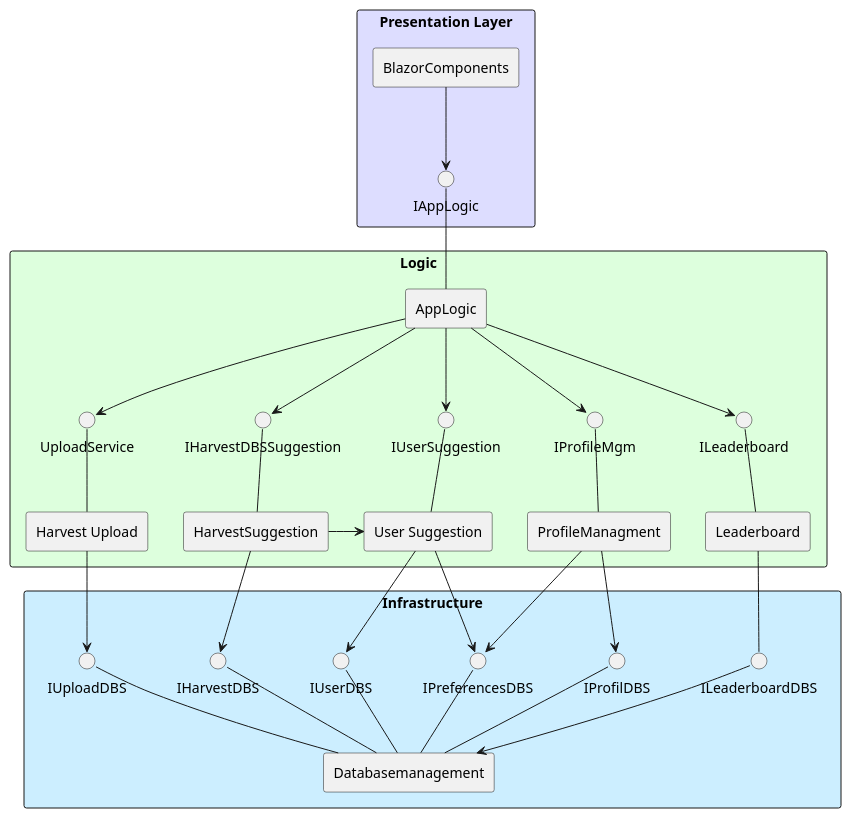
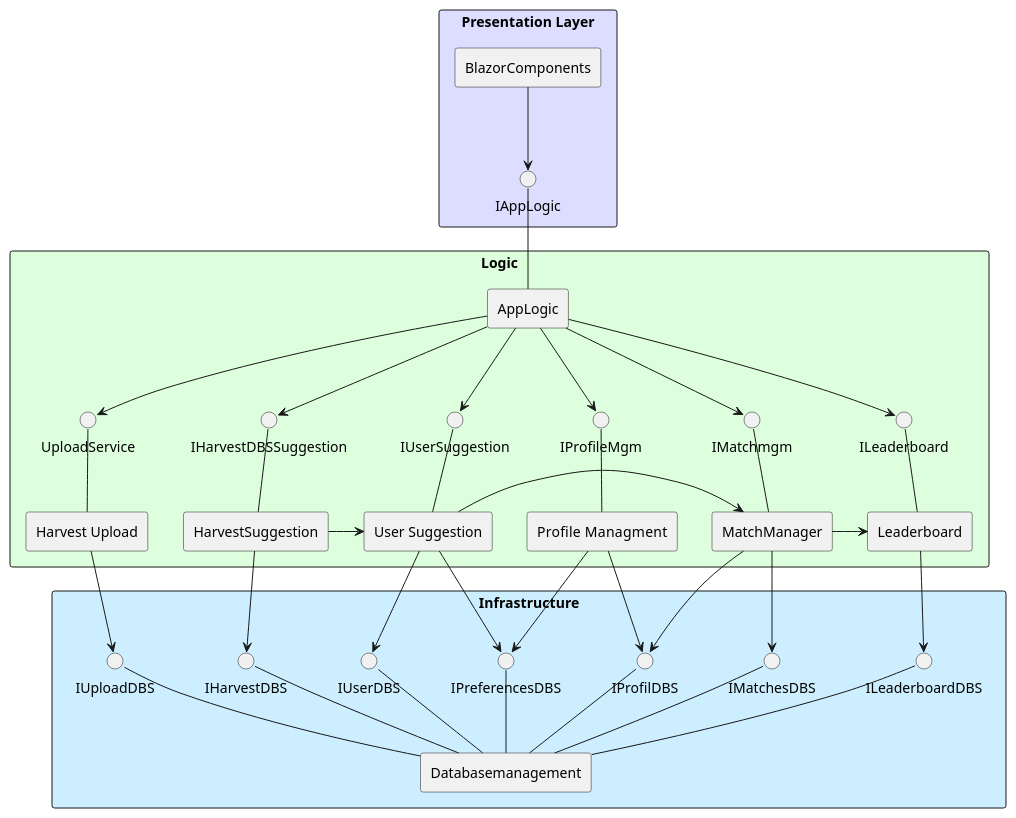
The diagram in EliteGaertner/docs/Komponeten Diagram.puml (Team-Spassgetraenk/EliteGaertner), drawn with PlantUML before and after one commit. The commit also changed 3 other files, not shown here.

Commit message:
Fehlende Matches im Componet Diagram ergänzt

```diff
--- a/EliteGaertner/docs/Komponeten Diagram.puml
+++ b/EliteGaertner/docs/Komponeten Diagram.puml
@@ -1,78 +1,94 @@
 @startuml
 skinparam componentStyle rectangle
 skinparam shadowing false
 
 ' PRESENTATION LAYER
 rectangle "Presentation Layer" #DDDDFF {
     component BlazorComponents as Blazor
     interface IAppLogic
     Blazor --> IAppLogic
 }
 
 ' LOGIC
 rectangle "Logic" #DDFFDD {
     IAppLogic -- AppLogic
 
     interface UploadService
     interface IHarvestDBSSuggestion
     interface IUserSuggestion
     interface IProfileMgm
     interface ILeaderboard
+    interface IMatchmgm
 
     component AppLogic {
         AppLogic --> UploadService
         AppLogic --> IHarvestDBSSuggestion
         AppLogic --> IUserSuggestion
         AppLogic --> IProfileMgm
         AppLogic --> ILeaderboard
+        AppLogic --> IMatchmgm
     }
 
     component "Harvest Upload" as hUpload {
         UploadService -- hUpload
     }
 
     component "HarvestSuggestion" as HSugg {
         IHarvestDBSSuggestion -- HSugg
     }
+    
+    component "MatchManager" as MatchMgm {
+        IMatchmgm -- MatchMgm
+        
+    }
+    
+    
 
     component "User Suggestion" as UserSugg {
         IUserSuggestion -- UserSugg
     }
 
-    component "ProfileManagment" as PM {
+    component "Profile  Managment" as PM {
         IProfileMgm -- PM
     }
     
     component Leaderboard
     
     ILeaderboard -- Leaderboard
     
 }
 
 ' INFRASTRUCTURE LAYER
 rectangle "Infrastructure" #CCEEFF {
     component Databasemanagement as DBM
     interface IPreferencesDBS
     interface IUploadDBS
     interface IHarvestDBS
     interface IUserDBS
     interface IProfilDBS
+    interface IMatchesDBS
 
     IPreferencesDBS -- DBM
     IUploadDBS -- DBM
     IHarvestDBS -- DBM
     IUserDBS -- DBM
     IProfilDBS -- DBM
-    Leaderboard -- ILeaderboardDBS
+    ILeaderboardDBS -- DBM
+    IMatchesDBS -- DBM
+    
 }
 
+MatchMgm --> IMatchesDBS
 hUpload --> IUploadDBS
 HSugg --> IHarvestDBS
-HSugg -> UserSugg
+HSugg ->  UserSugg
+UserSugg -> MatchMgm
+MatchMgm -> Leaderboard
 UserSugg --> IUserDBS
 UserSugg --> IPreferencesDBS
 PM --> IPreferencesDBS
 PM --> IProfilDBS
-ILeaderboardDBS --> DBM
+Leaderboard --> ILeaderboardDBS
+MatchMgm --> IProfilDBS
 
 @enduml
```
